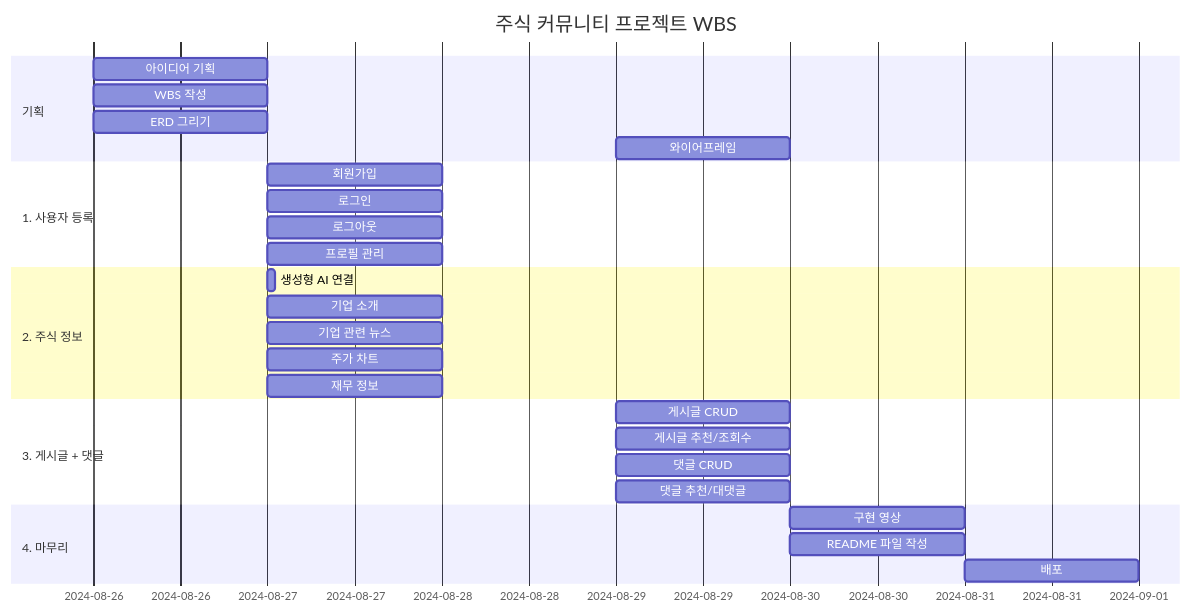
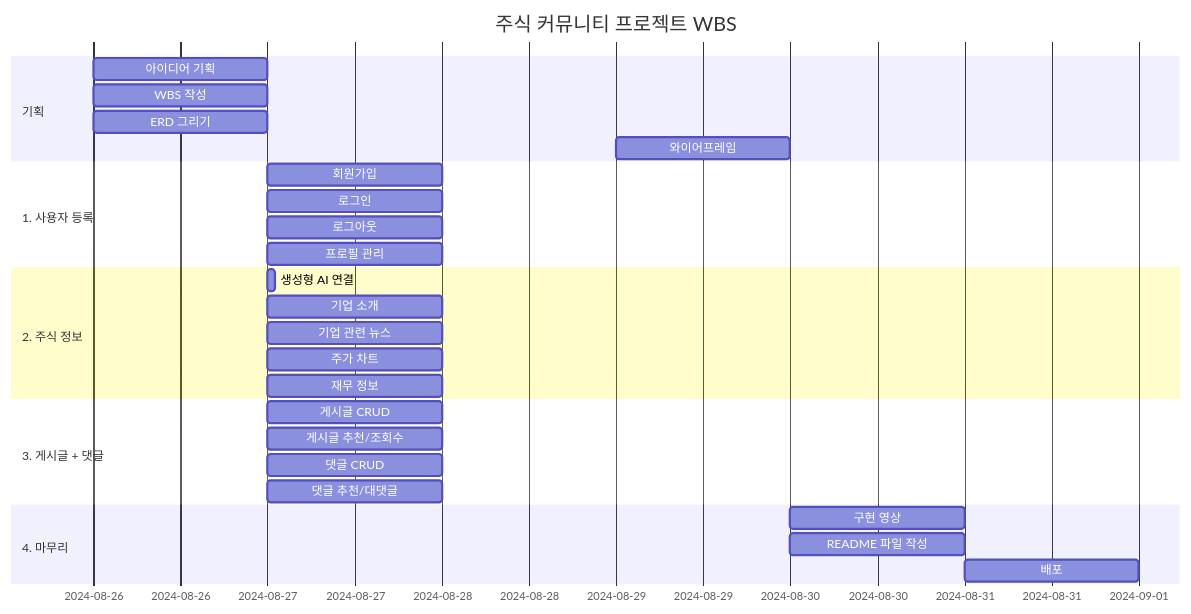
One commit to Donggyu-Kim1/stalk changed the first of 3 diagrams in README.md. Above: the diagram before and after it, drawn with Mermaid. The commit also changed other lines of this file and 2 other files, not shown here.

````diff
--- a/README.md
+++ b/README.md
@@ -189,35 +189,35 @@
 ```mermaid
 gantt
     title 주식 커뮤니티 프로젝트 WBS
     dateFormat  YYYY-MM-DD HH:mm
 
     section 기획
     아이디어 기획      :2024-08-26, 1d
     WBS 작성          :2024-08-26, 1d
     ERD 그리기         :2024-08-26, 1d
     와이어프레임        :2024-08-29, 1d
 
     section 1. 사용자 등록
     회원가입           :2024-08-27, 1d
     로그인             :2024-08-27, 1d
     로그아웃           :2024-08-27, 1d
     프로필 관리         :2024-08-27, 1d
 
     section 2. 주식 정보
     생성형 AI 연결     :2024-08-27, 1h
     기업 소개          :2024-08-27, 1d
     기업 관련 뉴스      :2024-08-27, 1d
     주가 차트          :2024-08-27, 1d
     재무 정보          :2024-08-27, 1d
 
     section 3. 게시글 + 댓글
-    게시글 CRUD        :2024-08-29, 1d
-    게시글 추천/조회수   :2024-08-29, 1d
-    댓글 CRUD          :2024-08-29, 1d
-    댓글 추천/대댓글     :2024-08-29, 1d
+    게시글 CRUD        :2024-08-27, 1d
+    게시글 추천/조회수   :2024-08-27, 1d
+    댓글 CRUD          :2024-08-27, 1d
+    댓글 추천/대댓글     :2024-08-27, 1d
 
     section 4. 마무리
     구현 영상          :2024-08-30, 1d
     README 파일 작성   :2024-08-30, 1d
     배포              :2024-08-31, 1d
 ```
````
